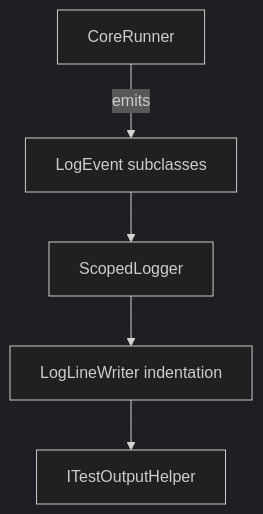
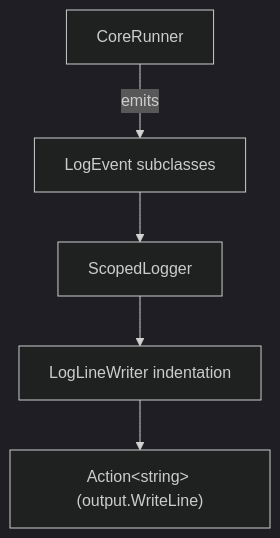
Before and after one commit to DeadMoon0/TestFramework-Core: diagram 14 of 16 in Documentation/Arc42.md, drawn with Mermaid (dark theme). The commit also changed other lines of this file and 11 other files, not shown here.

````diff
--- a/Documentation/Arc42.md
+++ b/Documentation/Arc42.md
@@ -496,7 +494,7 @@
 ```mermaid
 graph TD
     CR[CoreRunner] -->|emits| LE[LogEvent subclasses]
     LE --> SL[ScopedLogger]
     SL --> LLW[LogLineWriter indentation]
-    LLW --> TOH[ITestOutputHelper]
+    LLW --> TOH["Action&lt;string&gt; (output.WriteLine)"]
 ```
````
